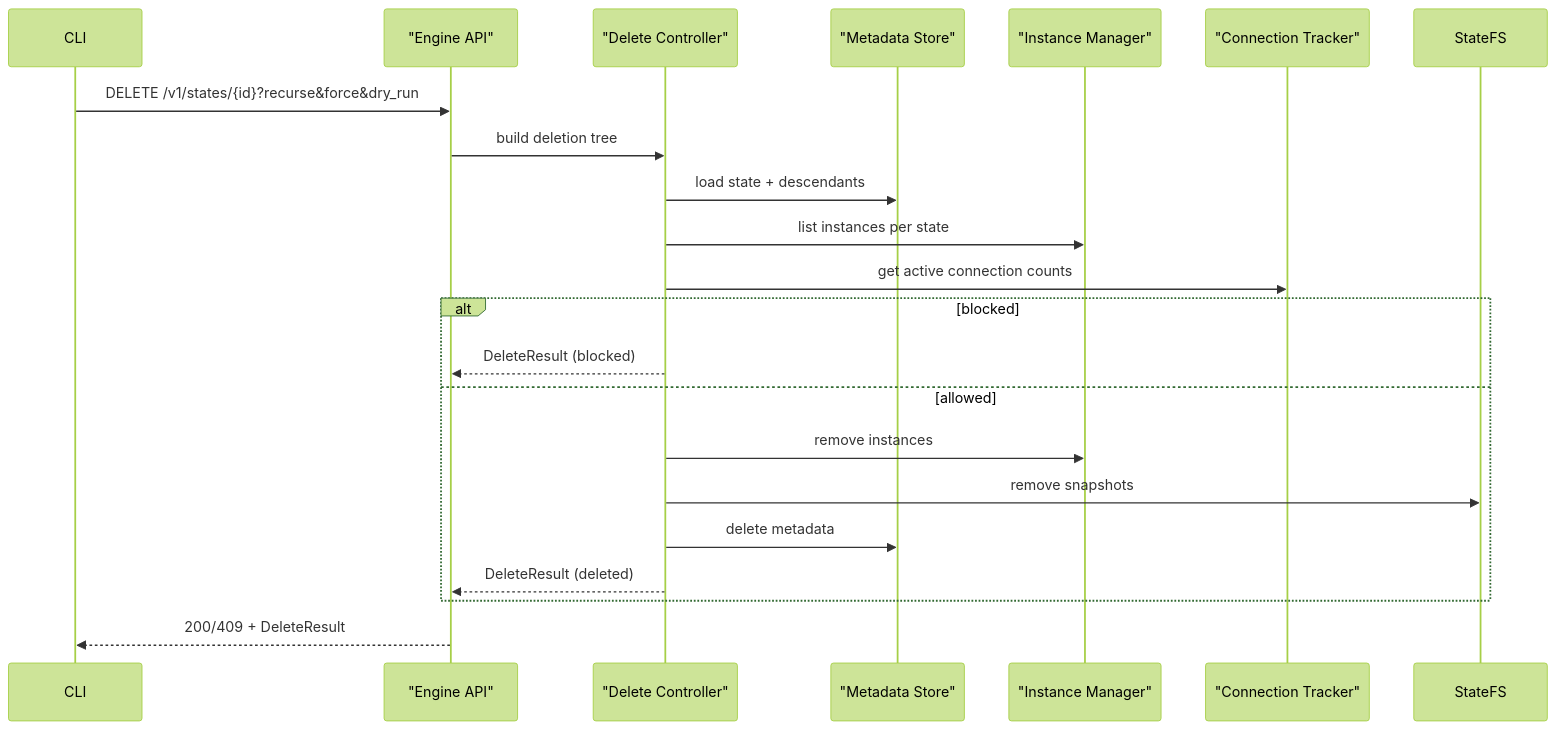
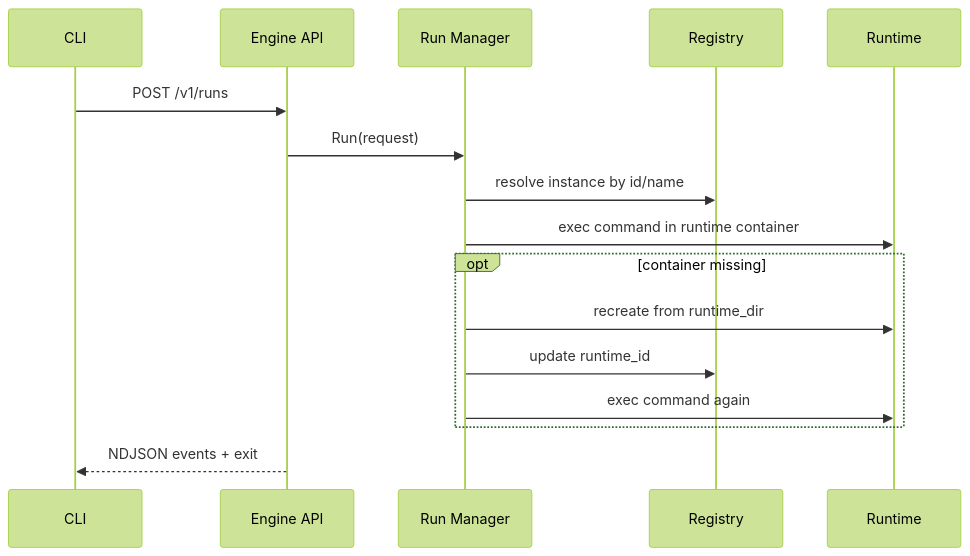
One commit to kimak-irmagi/taidon changed the fourth of 5 diagrams in docs/architecture/engine-internals.md. Above: the diagram before and after it, drawn with Mermaid (forest theme). The commit also changed other lines of this file and 9 other files, not shown here.

````diff
--- a/docs/architecture/engine-internals.md
+++ b/docs/architecture/engine-internals.md
@@ -265,25 +183,19 @@
 ```mermaid
 sequenceDiagram
   participant CLI as CLI
-  participant API as "Engine API"
-  participant DEL as "Delete Controller"
-  participant STORE as "Metadata Store"
-  participant INST as "Instance Manager"
-  participant CONN as "Connection Tracker"
-  participant SNAP as StateFS
+  participant API as Engine API
+  participant RUN as Run Manager
+  participant REG as Registry
+  participant RT as Runtime
 
-  CLI->>API: DELETE /v1/states/{id}?recurse&force&dry_run
-  API->>DEL: build deletion tree
-  DEL->>STORE: load state + descendants
-  DEL->>INST: list instances per state
-  DEL->>CONN: get active connection counts
-  alt blocked
-    DEL-->>API: DeleteResult (blocked)
-  else allowed
-    DEL->>INST: remove instances
-    DEL->>SNAP: remove snapshots
-    DEL->>STORE: delete metadata
-    DEL-->>API: DeleteResult (deleted)
+  CLI->>API: POST /v1/runs
+  API->>RUN: Run(request)
+  RUN->>REG: resolve instance by id/name
+  RUN->>RT: exec command in runtime container
+  opt container missing
+    RUN->>RT: recreate from runtime_dir
+    RUN->>REG: update runtime_id
+    RUN->>RT: exec command again
   end
-  API-->>CLI: 200/409 + DeleteResult
+  API-->>CLI: NDJSON events + exit
 ```
````
